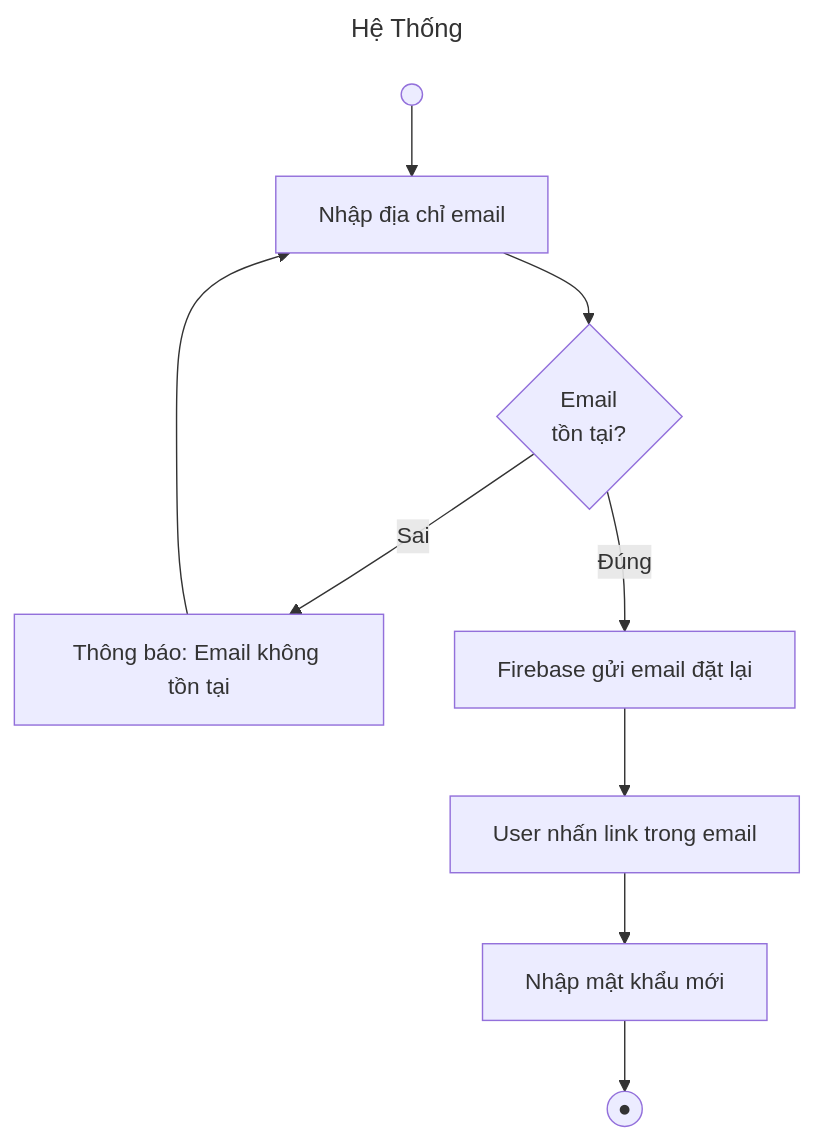
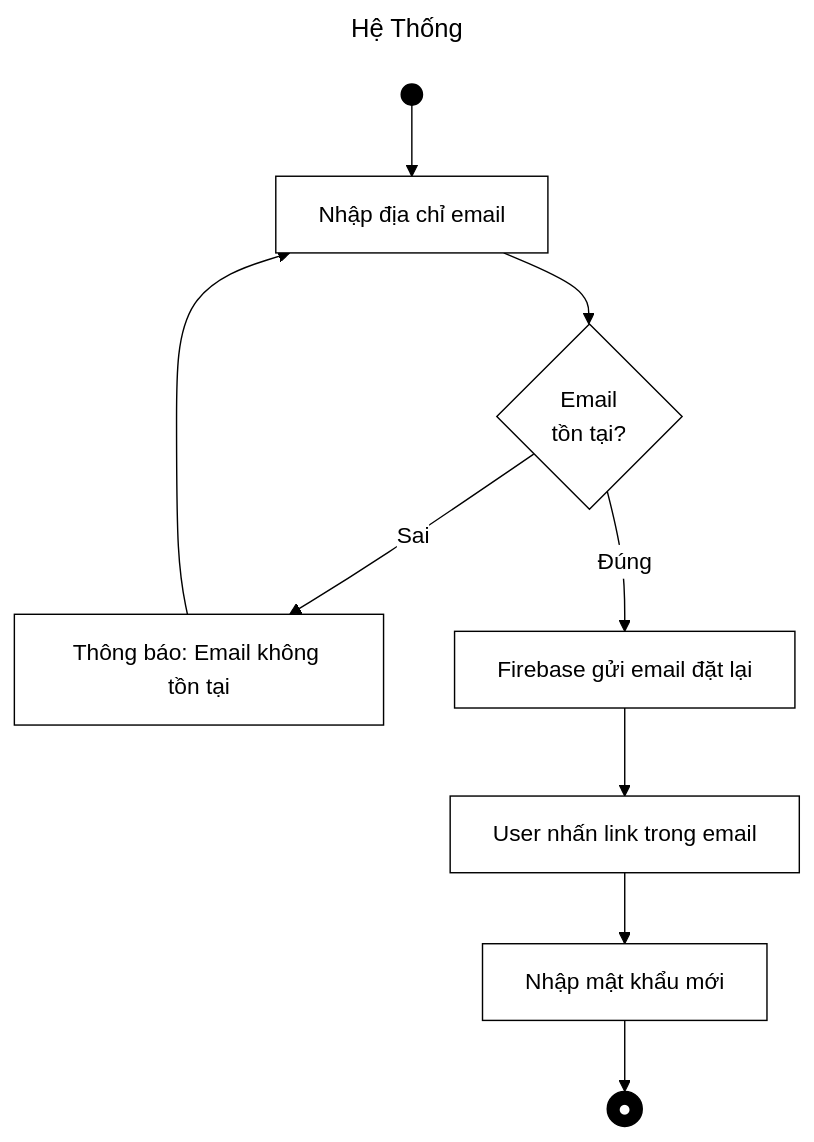
One commit to Babiboyy55/TaskHeroPKA changed the tenth of 22 diagrams in Activity_Diagrams.md. Above: the diagram before and after it, drawn with Mermaid. The commit also changed other lines of this file, not shown here.

````diff
--- a/Activity_Diagrams.md
+++ b/Activity_Diagrams.md
@@ -170,14 +197,17 @@
 ```mermaid
 ---
 title: Hệ Thống
 ---
+%%{init: {'theme':'base', 'themeVariables': {'primaryColor':'#ffffff', 'primaryBorderColor':'#000000', 'primaryTextColor':'#000000', 'lineColor':'#000000', 'edgeLabelBackground':'#ffffff', 'tertiaryColor':'#ffffff'}}}%%
 flowchart TD
-    S(( )) --> A[Nhập địa chỉ email]
+    classDef default fill:#ffffff,stroke:#000000,stroke-width:1px,color:#000000;
+    classDef blackNode fill:#000000,stroke:#000000,stroke-width:1px,color:#ffffff;
+    S(( )):::blackNode --> A[Nhập địa chỉ email]
     A --> D1{Email\ntồn tại?}
     D1 -- Sai --> X[Thông báo: Email không tồn tại]
     X --> A
     D1 -- Đúng --> B[Firebase gửi email đặt lại]
     B --> C[User nhấn link trong email]
     C --> D[Nhập mật khẩu mới]
-    D --> Z((●))
+    D --> Z((●)):::blackNode
 ```
````
